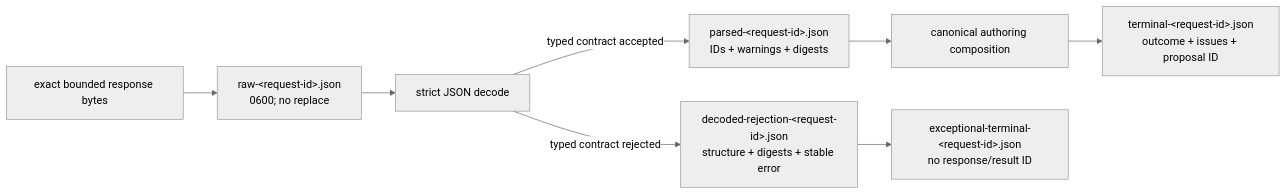
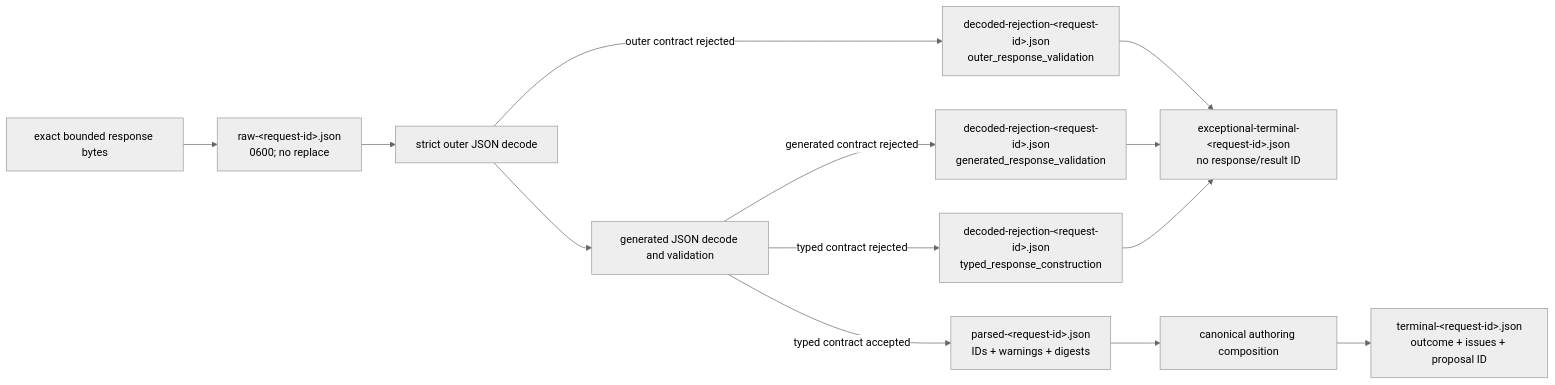
The diagram in docs/architecture/ksdft2effmass/publications/authoring/adapters/ollama_retention/schematic.md (eragasa/ksdft2effmass), drawn with Mermaid (neutral theme) before and after one commit. The commit also changed other lines of this file and 17 other files, not shown here.

````diff
--- a/docs/architecture/ksdft2effmass/publications/authoring/adapters/ollama_retention/schematic.md
+++ b/docs/architecture/ksdft2effmass/publications/authoring/adapters/ollama_retention/schematic.md
@@ -3,10 +3,15 @@
 ```mermaid
 flowchart LR
     HTTP["exact bounded response bytes"] --> Raw["raw-&lt;request-id&gt;.json<br/>0600; no replace"]
-    Raw --> Decode["strict JSON decode"]
-    Decode -->|"typed contract accepted"| Parsed["parsed-&lt;request-id&gt;.json<br/>IDs + warnings + digests"]
-    Decode -->|"typed contract rejected"| Rejection["decoded-rejection-&lt;request-id&gt;.json<br/>structure + digests + stable error"]
+    Raw --> Decode["strict outer JSON decode"]
+    Decode -->|"outer contract rejected"| Outer["decoded-rejection-&lt;request-id&gt;.json<br/>outer_response_validation"]
+    Decode --> Generated["generated JSON decode and validation"]
+    Generated -->|"generated contract rejected"| GeneratedReject["decoded-rejection-&lt;request-id&gt;.json<br/>generated_response_validation"]
+    Generated -->|"typed contract rejected"| Typed["decoded-rejection-&lt;request-id&gt;.json<br/>typed_response_construction"]
+    Generated -->|"typed contract accepted"| Parsed["parsed-&lt;request-id&gt;.json<br/>IDs + warnings + digests"]
     Parsed --> Compose["canonical authoring composition"]
     Compose --> Terminal["terminal-&lt;request-id&gt;.json<br/>outcome + issues + proposal ID"]
-    Rejection --> Exceptional["exceptional-terminal-&lt;request-id&gt;.json<br/>no response/result ID"]
+    Outer --> Exceptional["exceptional-terminal-&lt;request-id&gt;.json<br/>no response/result ID"]
+    GeneratedReject --> Exceptional
+    Typed --> Exceptional
 ```
````
